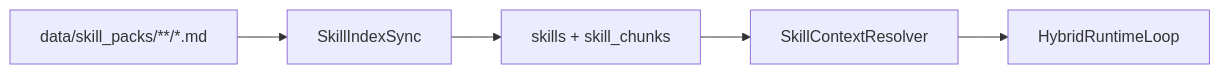
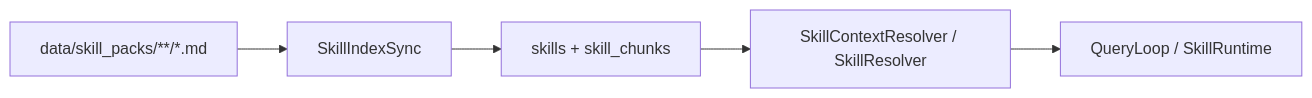
Before and after one commit to browntitan/rag_agent: the diagram in docs/SKILLS_PLAYBOOK.md, drawn with Mermaid. The commit also changed other lines of this file and 1109 other files, not shown here.

````diff
--- a/docs/SKILLS_PLAYBOOK.md
+++ b/docs/SKILLS_PLAYBOOK.md
@@ -46,10 +46,10 @@
 ```mermaid
 flowchart LR
     files["data/skill_packs/**/*.md"]
     sync["SkillIndexSync"]
     db["skills + skill_chunks"]
-    resolver["SkillContextResolver"]
-    runtime["HybridRuntimeLoop"]
+    resolver["SkillContextResolver / SkillResolver"]
+    runtime["QueryLoop / SkillRuntime"]
 
     files --> sync --> db --> resolver --> runtime
 ```
````
